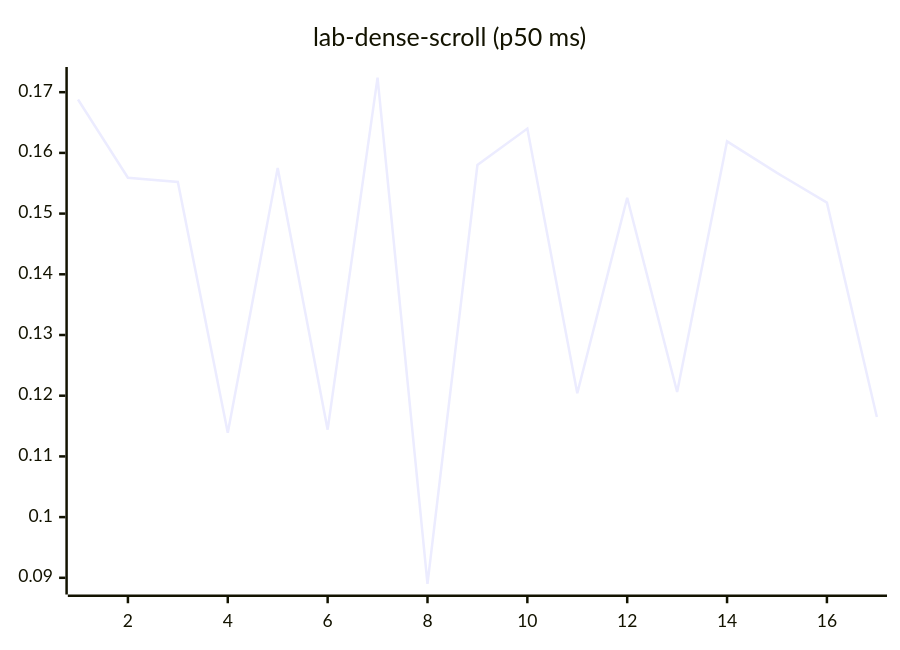
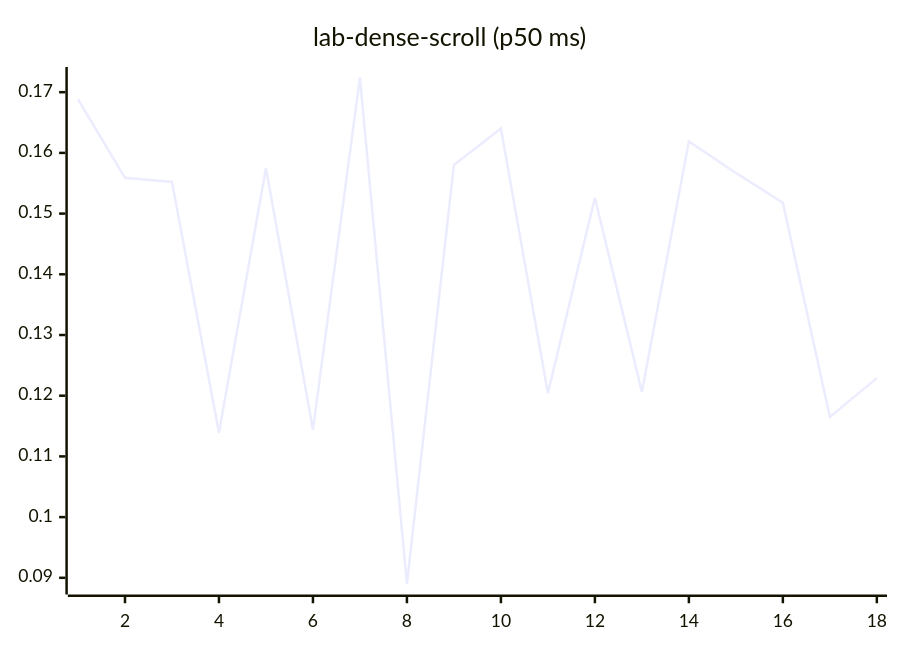
One commit to josha/Facet changed diagram 12 of 27 in README.md. Above: the diagram before and after it, drawn with Mermaid. The commit also changed other lines of this file and 2 other files, not shown here.

````diff
--- a/README.md
+++ b/README.md
@@ -140,6 +140,6 @@
 ```mermaid
 xychart-beta
     title "lab-dense-scroll (p50 ms)"
-    x-axis 1 --> 17
-    line [0.1688, 0.1559, 0.1552, 0.1139, 0.1575, 0.1144, 0.1724, 0.0890, 0.1580, 0.1640, 0.1204, 0.1526, 0.1206, 0.1619, 0.1567, 0.1518, 0.1165]
+    x-axis 1 --> 18
+    line [0.1688, 0.1559, 0.1552, 0.1139, 0.1575, 0.1144, 0.1724, 0.0890, 0.1580, 0.1640, 0.1204, 0.1526, 0.1206, 0.1619, 0.1567, 0.1518, 0.1165, 0.1229]
 ```
````
